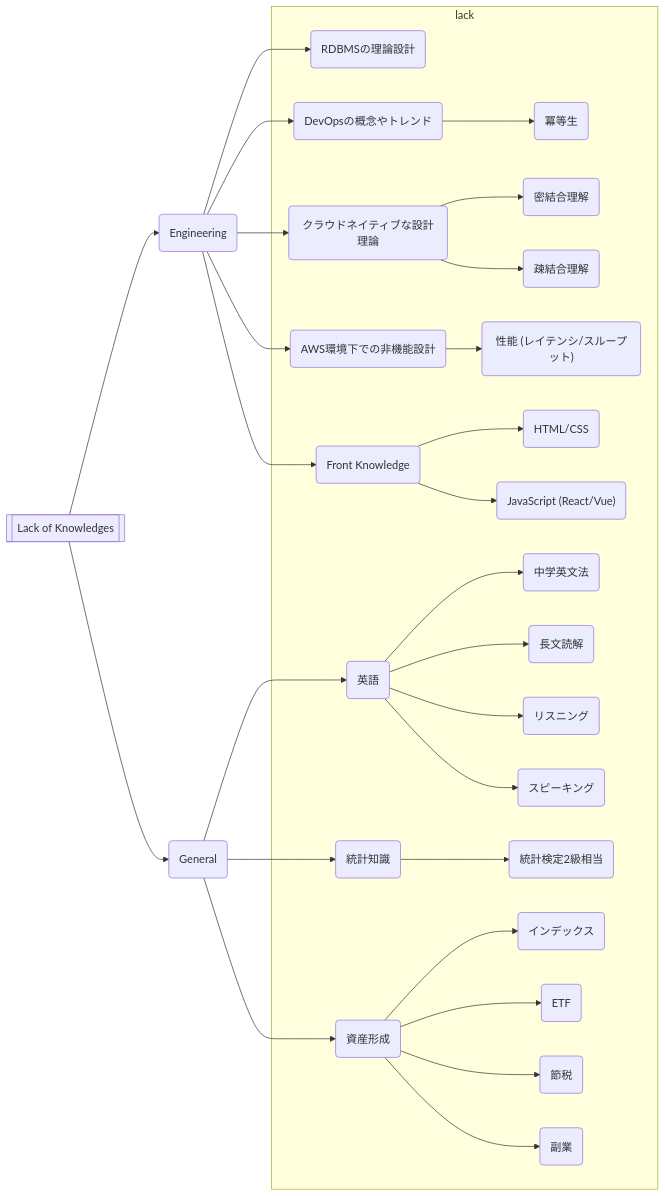
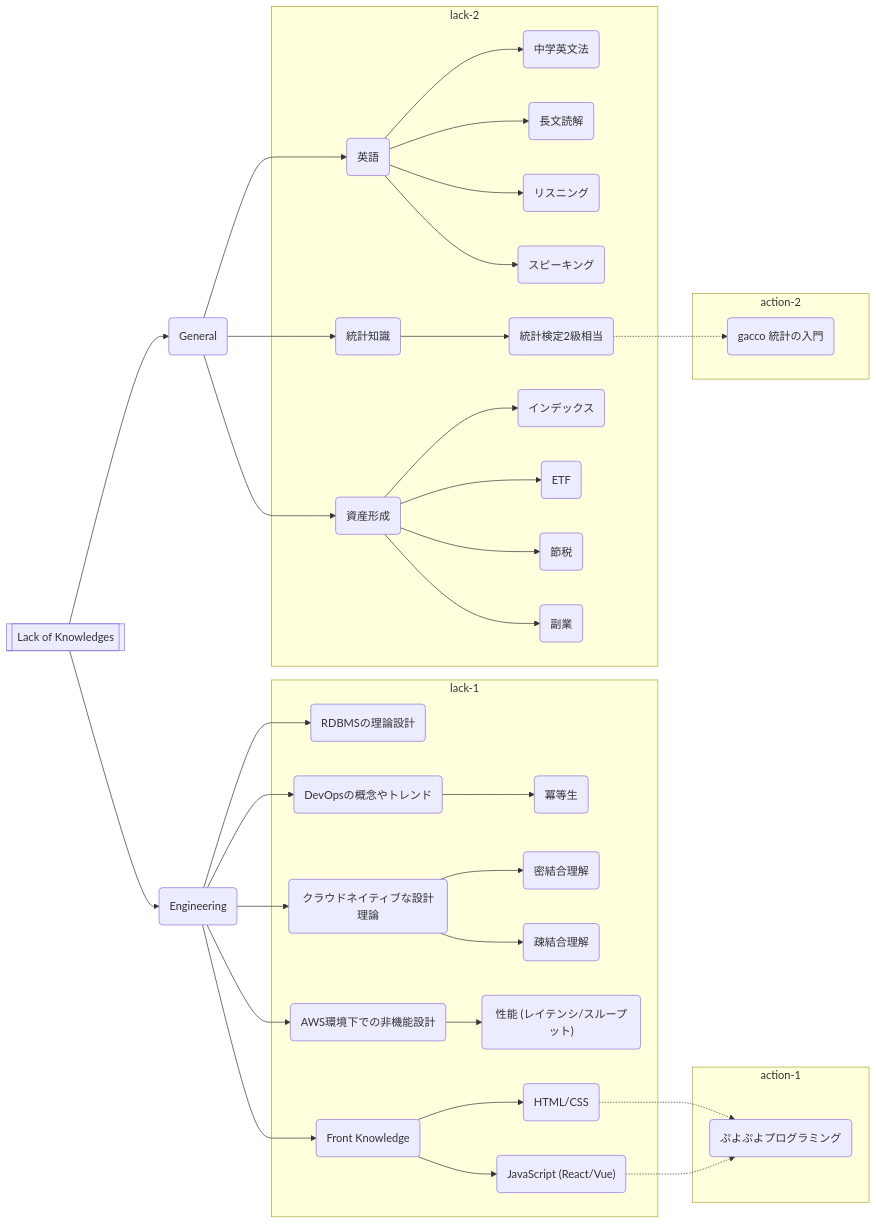
Before and after one commit to momonchy/document: the diagram in study/goal.md, drawn with Mermaid. The commit also changed other lines of this file, not shown here.

````diff
--- a/study/goal.md
+++ b/study/goal.md
@@ -5,35 +5,46 @@
 ```mermaid
 flowchart LR
     A[[Lack of Knowledges]] --> B(Engineering)
     A --> C(General)
 
     B --> B1(RDBMSの理論設計)
     B --> B2(DevOpsの概念やトレンド)
     B --> B3(クラウドネイティブな設計理論)
     B --> B4(AWS環境下での非機能設計)
     B --> B5(Front Knowledge)
-    subgraph lack
+    subgraph lack-1
         B1
         B2 --> B21(冪等生)
         B3 --> B31(密結合理解)
         B3 --> B32(疎結合理解)
         B4 --> B41("性能 (レイテンシ/スループット)")
         B5 --> B51(HTML/CSS)
         B5 --> B52("JavaScript (React/Vue)")
     end
 
+    subgraph action-1
+        B51 -.-> B6(ぷよぷよプログラミング)
+        B52 -.-> B6
+        click B6 "https://puyo.sega.jp/program_2020/"
+    end
+
     C --> C1(英語)
     C --> C2(統計知識)
     C --> C3(資産形成)
-    subgraph lack
+    subgraph lack-2
         C1 --> C11(中学英文法)
         C1 --> C12(長文読解)
         C1 --> C13(リスニング)
         C1 --> C14(スピーキング)
         C2 --> C21(統計検定2級相当)
         C3 --> C31(インデックス)
         C3 --> C32(ETF)
         C3 --> C33(節税)
         C3 --> C34(副業)
     end
+
+    subgraph action-2
+        C21 -.-> C4(gacco 統計の入門)
+        click C4 "https://gacco.org/"
+    end
 ```
````
